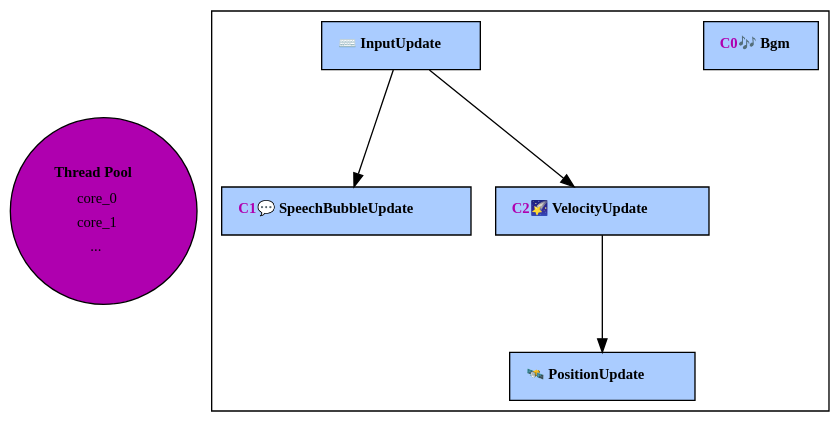
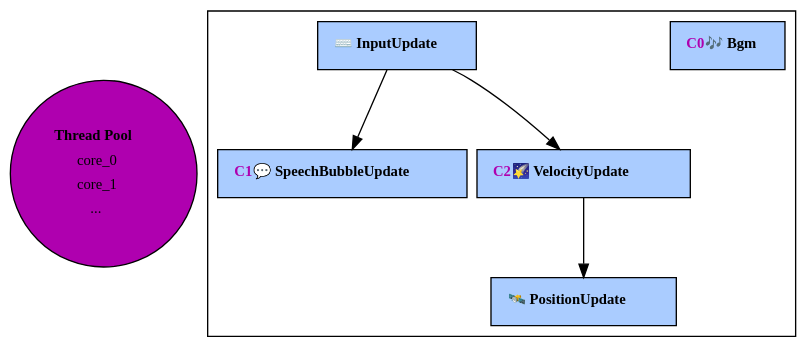
The diagram in assets/dot/dispatcher_thread_pool.dot (azriel91/ecs_paradigm), drawn with Graphviz before and after one commit. The commit also changed 29 other files, not shown here.

Commit message:
Updated diagrams to be more polished.

```diff
--- a/assets/dot/dispatcher_thread_pool.dot
+++ b/assets/dot/dispatcher_thread_pool.dot
@@ -1,79 +1,81 @@
 digraph Dispatcher {
     graph [
         fontname = "Arial",
         fontsize = 16,
         labelloc = top,
         bgcolor = "transparent",
+        nodesep = 0.1,
+        ranksep = 0,
     ];
 
     node [
         fillcolor = "#aaccff",
         fontname = "consolas",
         fontsize = 11,
         shape = box,
         style = filled,
     ];
 
     // Label definitions
 
     thread_pool [
         label = <<table border="0" cellborder="0">
             <tr><td><b>Thread Pool</b></td></tr>
             <tr><td style="radial">core_0</td></tr>
             <tr><td style="radial">core_1</td></tr>
             <tr><td style="radial">...</td></tr>
         </table>>,
         fillcolor = "#af00af",
         shape = "circle",
     ];
 
     invis_2 [label = "", style = "invis"];
     invis_2 -> thread_pool [style = "invis"];
 
     subgraph cluster_systems {
         bgm [
             label = <<table border="0" cellborder="0">
                 <tr><td align="left"><b><font color="#af00af">C0</font> 🎶 Bgm</b></td></tr>
             </table>>,
         ];
 
         input_update [
             label = <<table border="0" cellborder="0">
                 <tr><td align="left"><b>⌨️ InputUpdate</b></td></tr>
             </table>>,
         ];
 
         speech_bubble_update [
             label = <<table border="0" cellborder="0">
                 <tr><td align="left"><b><font color="#af00af">C1</font> 💬 SpeechBubbleUpdate</b></td></tr>
             </table>>,
         ];
 
         velocity_update [
             label = <<table border="0" cellborder="0">
                 <tr><td align="left"><b><font color="#af00af">C2</font> 🌠 VelocityUpdate</b></td></tr>
             </table>>,
         ];
 
         position_update [
             label = <<table border="0" cellborder="0">
                 <tr><td align="left"><b>🛰️ PositionUpdate</b></td></tr>
             </table>>,
         ];
 
         input_update -> velocity_update;
         input_update -> speech_bubble_update;
 
         velocity_update -> position_update;
 
         // Alignment edges
         subgraph {
             node [style = "invis"];
             edge [style = "invis"];
 
             invis_0 -> velocity_update;
             invis_0 -> invis_1;
             bgm -> invis_1;
         }
     }
 }
```
